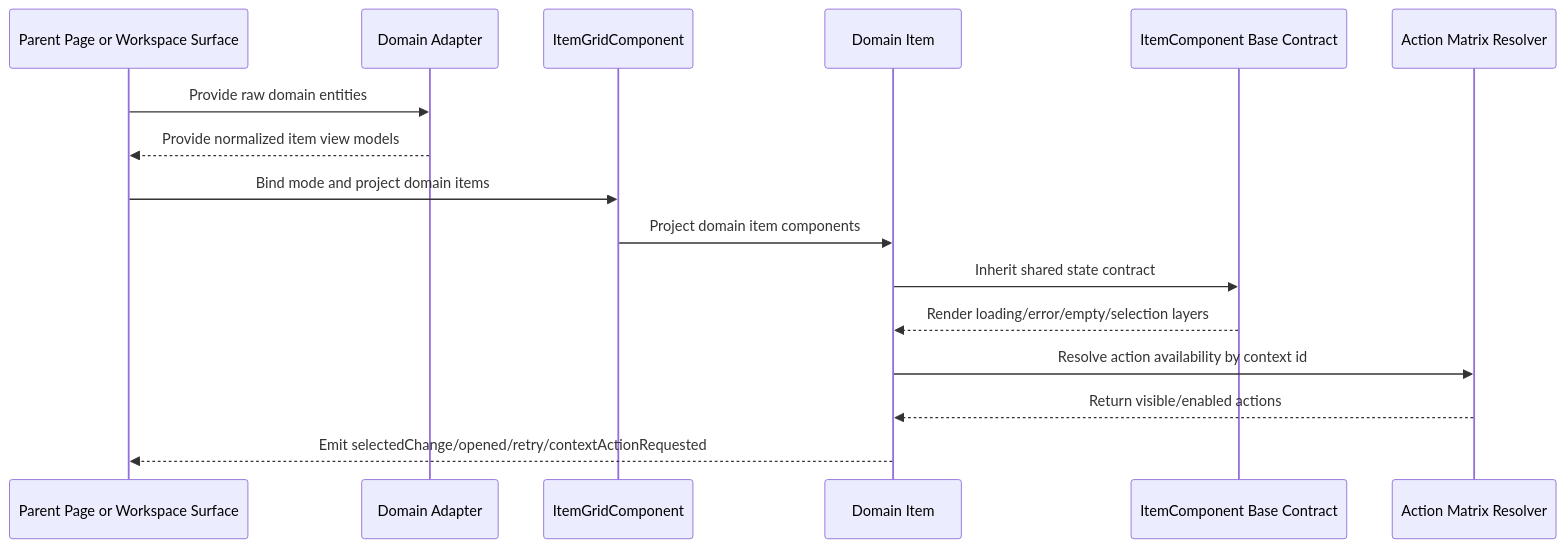
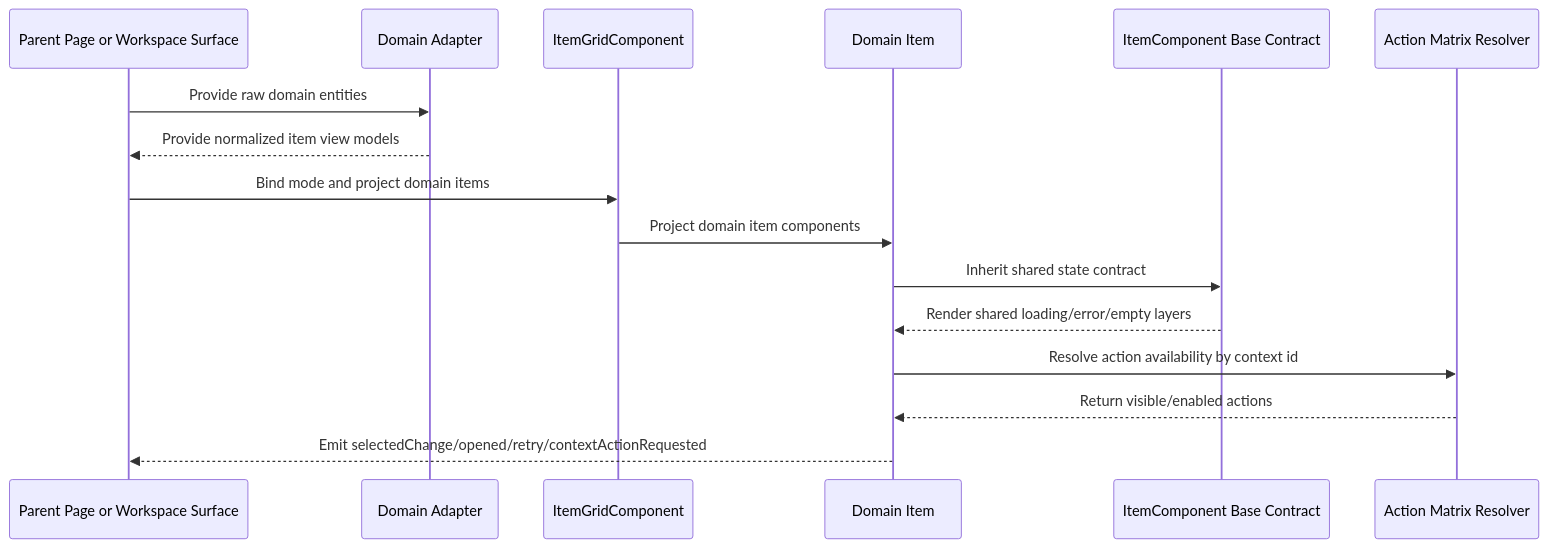
The second of 2 diagrams in docs/element-specs/item-grid.md (matkleve/feldpost), drawn with Mermaid before and after one commit. The commit also changed other lines of this file and 9 other files, not shown here.

````diff
--- a/docs/element-specs/item-grid.md
+++ b/docs/element-specs/item-grid.md
@@ -383,19 +395,19 @@
 ```mermaid
 sequenceDiagram
   participant P as Parent Page or Workspace Surface
   participant A as Domain Adapter
   participant G as ItemGridComponent
   participant D as Domain Item
   participant B as ItemComponent Base Contract
   participant M as Action Matrix Resolver
 
   P->>A: Provide raw domain entities
   A-->>P: Provide normalized item view models
   P->>G: Bind mode and project domain items
   G->>D: Project domain item components
   D->>B: Inherit shared state contract
-  B-->>D: Render loading/error/empty/selection layers
+  B-->>D: Render shared loading/error/empty layers
   D->>M: Resolve action availability by context id
   M-->>D: Return visible/enabled actions
   D-->>P: Emit selectedChange/opened/retry/contextActionRequested
 ```
````
